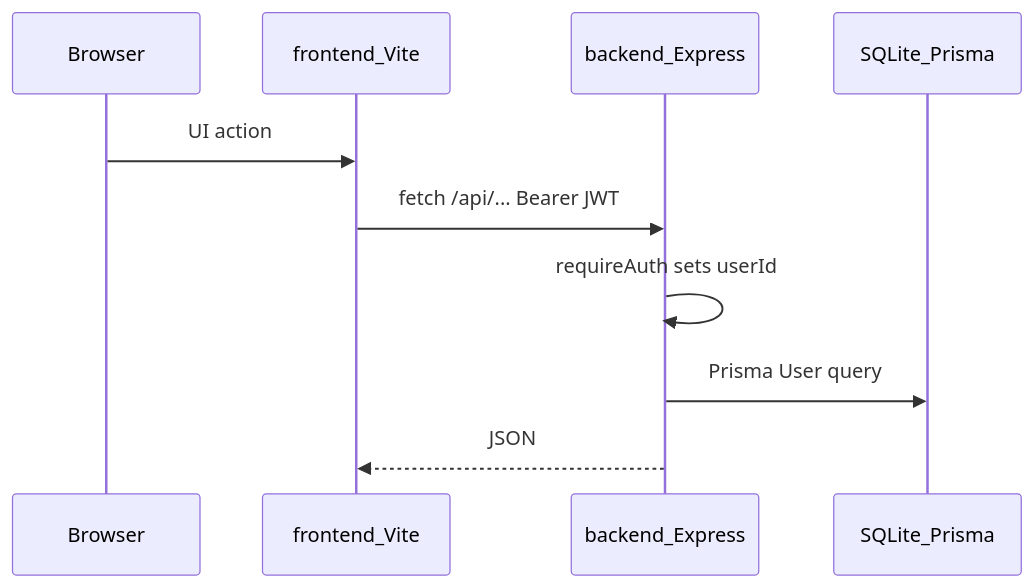
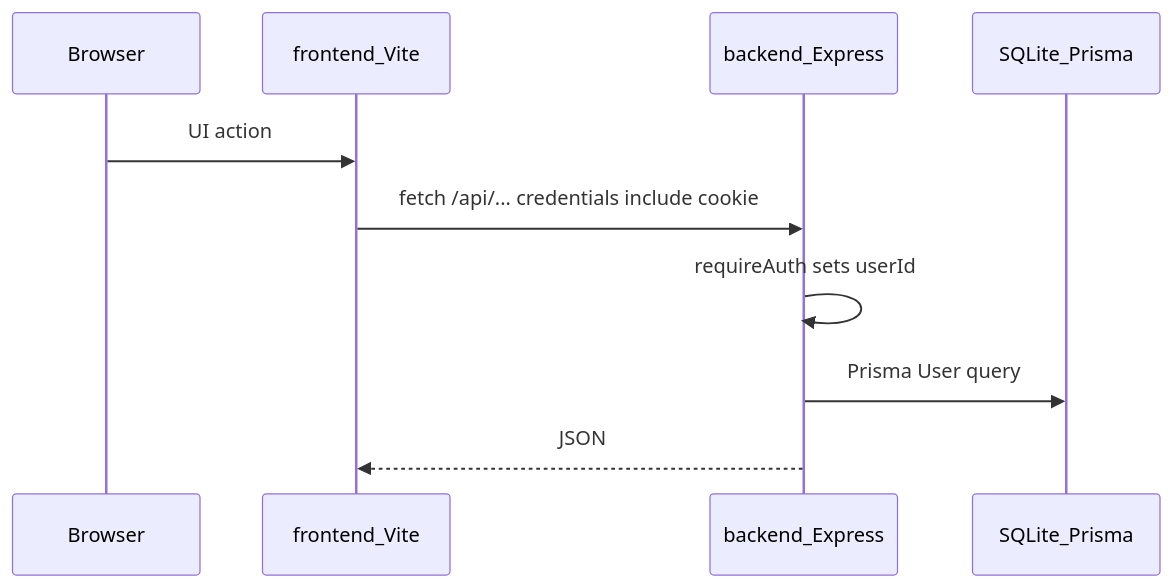
Before and after one commit to kblaszki/finance-dashboard: the diagram in docs/explanation/architecture.md, drawn with Mermaid. The commit also changed other lines of this file and 15 other files, not shown here.

First line of the commit message:
Serve JWT in an HttpOnly cookie and accept cookie or Bearer auth.

````diff
--- a/docs/explanation/architecture.md
+++ b/docs/explanation/architecture.md
@@ -25,13 +25,13 @@
 ```mermaid
 sequenceDiagram
   participant Browser
   participant SPA as frontend_Vite
   participant API as backend_Express
   participant DB as SQLite_Prisma
 
   Browser->>SPA: UI action
-  SPA->>API: fetch /api/... Bearer JWT
+  SPA->>API: fetch /api/... credentials include cookie
   API->>API: requireAuth sets userId
   API->>DB: Prisma User query
   API-->>SPA: JSON
 ```
````
